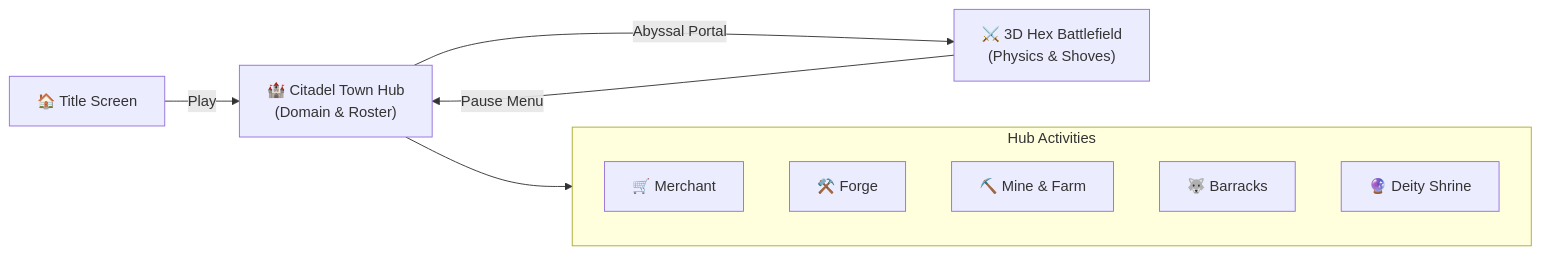
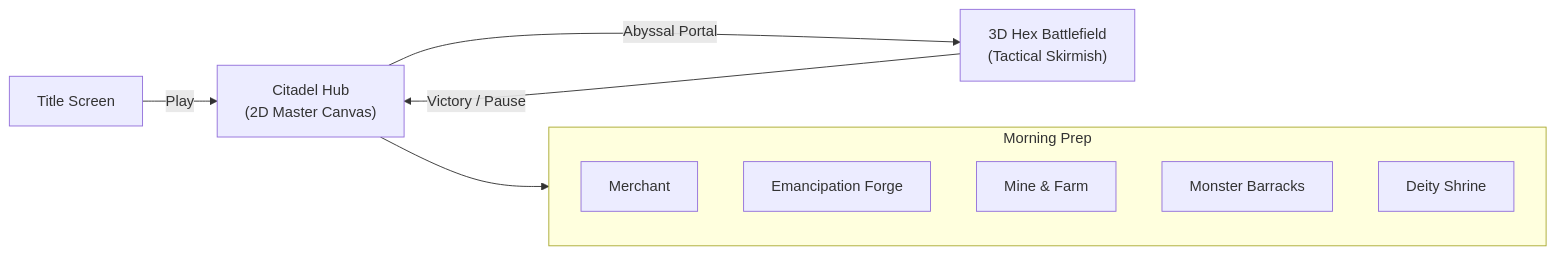
Before and after one commit to NealversePrime/ElementalHexTactics3D: the diagram in wiki/06-Citadel-Hub-and-Domain-Economy.md, drawn with Mermaid. The commit also changed other lines of this file and 7 other files, not shown here.

````diff
--- a/wiki/06-Citadel-Hub-and-Domain-Economy.md
+++ b/wiki/06-Citadel-Hub-and-Domain-Economy.md
@@ -11,16 +9,16 @@
 ```mermaid
 flowchart LR
-    Title["🏠 Title Screen"] -->|"Play"| Hub["🏰 Citadel Town Hub<br/>(Domain & Roster)"]
+    Title["Title Screen"] -->|"Play"| Hub["Citadel Hub<br/>(2D Master Canvas)"]
     
-    subgraph HubLoop["Hub Activities"]
-        Shop["🛒 Merchant"]
-        Forge["⚒️ Forge"]
-        MineFarm["⛏️ Mine & Farm"]
-        Barracks["🐺 Barracks"]
-        Shrine["🔮 Deity Shrine"]
+    subgraph HubLoop["Morning Prep"]
+        Shop["Merchant"]
+        Forge["Emancipation Forge"]
+        MineFarm["Mine & Farm"]
+        Barracks["Monster Barracks"]
+        Shrine["Deity Shrine"]
     end
     
     Hub --> HubLoop
-    Hub -->|"Abyssal Portal"| Battle["⚔️ 3D Hex Battlefield<br/>(Physics & Shoves)"]
-    Battle -->|"Pause Menu"| Hub
+    Hub -->|"Abyssal Portal"| Battle["3D Hex Battlefield<br/>(Tactical Skirmish)"]
+    Battle -->|"Victory / Pause"| Hub
 ```
````
